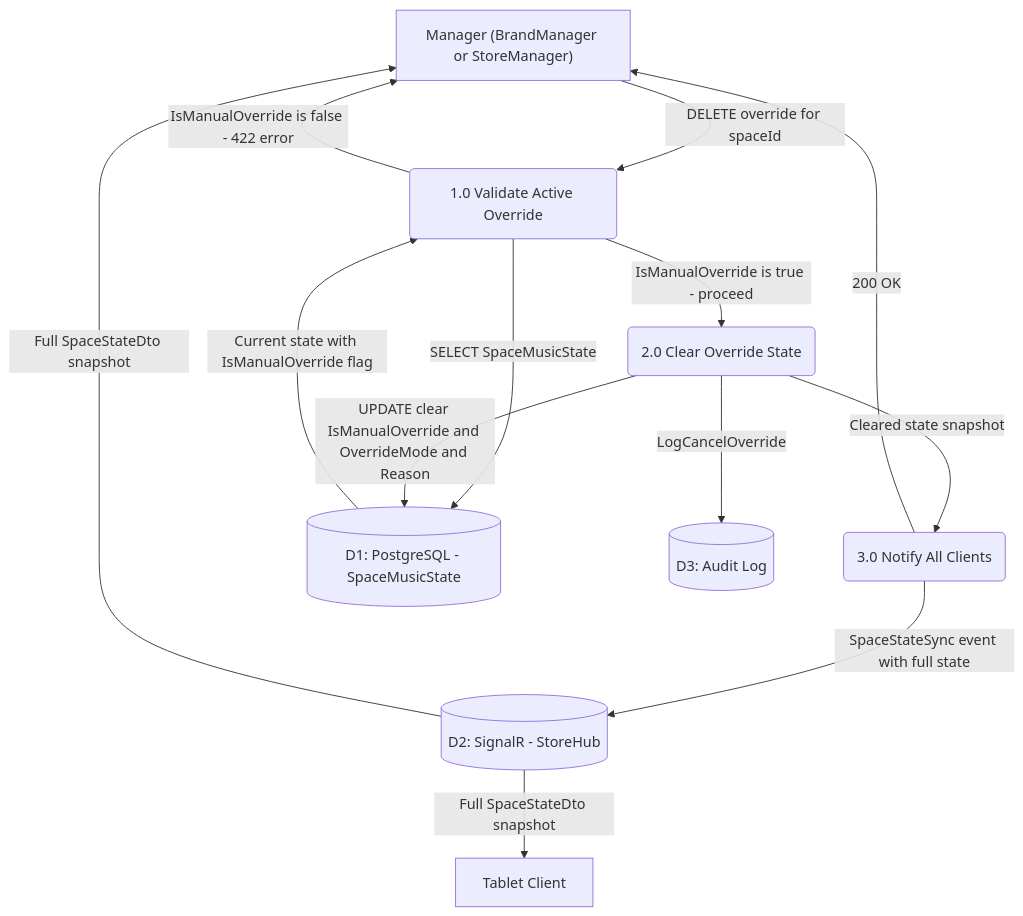
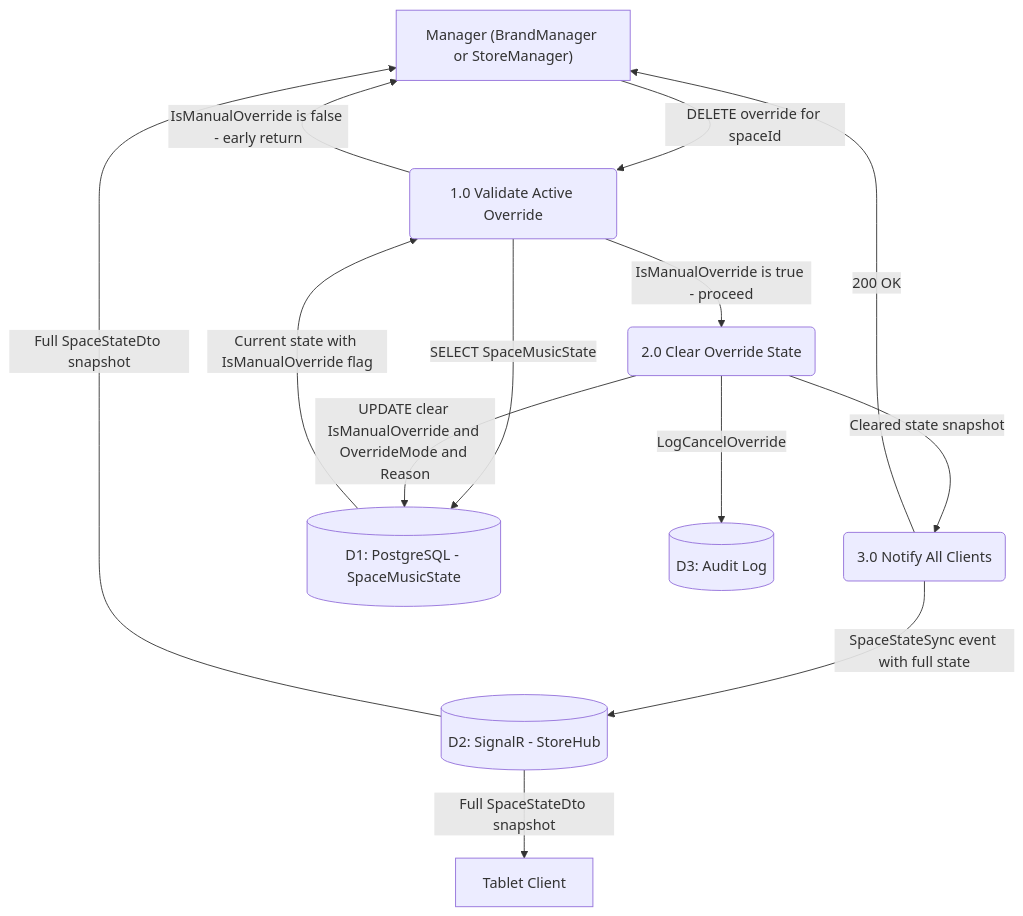
One commit to DoDung-BePresent/cams changed diagram 18 of 20 in docs/cams/SDD_CAMS.md. Above: the diagram before and after it, drawn with Mermaid. The commit also changed other lines of this file and 12 other files, not shown here.

````diff
--- a/docs/cams/SDD_CAMS.md
+++ b/docs/cams/SDD_CAMS.md
@@ -1171,28 +1155,28 @@
 ```mermaid
 graph TB
     MGR["Manager (BrandManager or StoreManager)"]
     TAB["Tablet Client"]
 
     P1("1.0 Validate Active Override")
     P2("2.0 Clear Override State")
     P3("3.0 Notify All Clients")
 
     DB[("D1: PostgreSQL - SpaceMusicState")]
     SIG[("D2: SignalR - StoreHub")]
     AUDIT[("D3: Audit Log")]
 
     MGR -->|"DELETE override for spaceId"| P1
     P1 -->|"SELECT SpaceMusicState"| DB
     DB -->|"Current state with IsManualOverride flag"| P1
     P1 -->|"IsManualOverride is true - proceed"| P2
-    P1 -->|"IsManualOverride is false - 422 error"| MGR
+    P1 -->|"IsManualOverride is false - early return"| MGR
 
     P2 -->|"UPDATE clear IsManualOverride and OverrideMode and Reason"| DB
     P2 -->|"LogCancelOverride"| AUDIT
     P2 -->|"Cleared state snapshot"| P3
 
     P3 -->|"SpaceStateSync event with full state"| SIG
     SIG -->|"Full SpaceStateDto snapshot"| TAB
     SIG -->|"Full SpaceStateDto snapshot"| MGR
     P3 -->|"200 OK"| MGR
 ```
````
